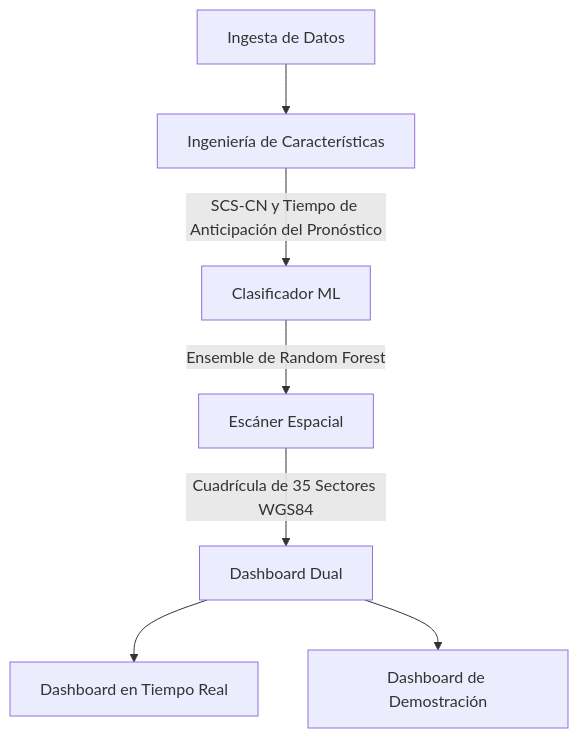
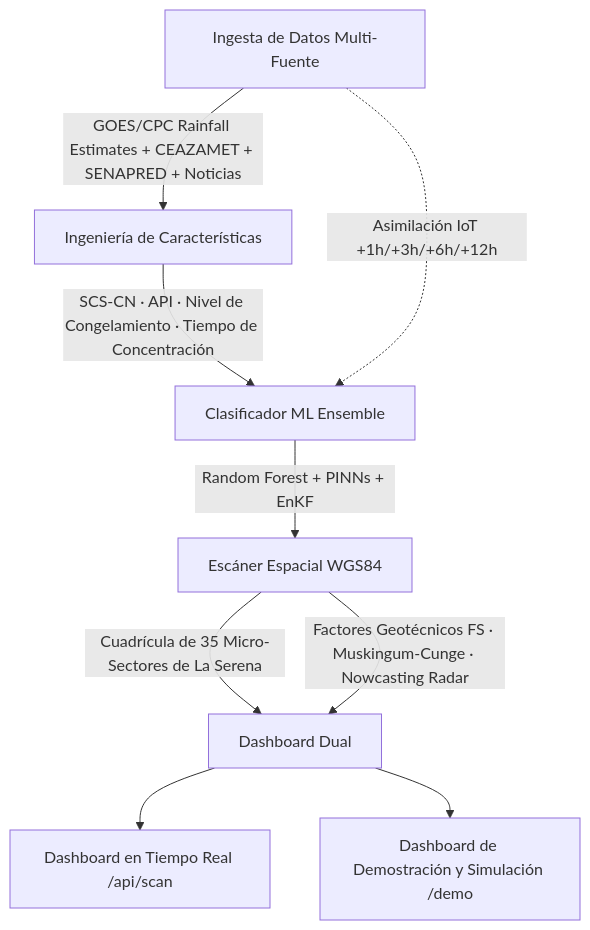
One commit to moises-inc/Proyecto-Jupiter changed the diagram in README.md. Above: the diagram before and after it, drawn with Mermaid. The commit also changed other lines of this file and 26 other files, not shown here.

````diff
--- a/README.md
+++ b/README.md
@@ -16,9 +19,11 @@
 ```mermaid
 graph TD
-    A[Ingesta de Datos] --> B[Ingeniería de Características]
-    B -->|SCS-CN y Tiempo de Anticipación del Pronóstico| C[Clasificador ML]
-    C -->|Ensemble de Random Forest| D[Escáner Espacial]
-    D -->|Cuadrícula de 35 Sectores WGS84| E[Dashboard Dual]
-    E --> F[Dashboard en Tiempo Real]
-    E --> G[Dashboard de Demostración]
+    A[Ingesta de Datos Multi-Fuente] -->|GOES/CPC Rainfall Estimates + CEAZAMET + SENAPRED + Noticias| B[Ingeniería de Características]
+    B -->|SCS-CN · API · Nivel de Congelamiento · Tiempo de Concentración| C[Clasificador ML Ensemble]
+    C -->|Random Forest + PINNs + EnKF| D[Escáner Espacial WGS84]
+    D -->|Cuadrícula de 35 Micro-Sectores de La Serena| E[Dashboard Dual]
+    D -->|Factores Geotécnicos FS · Muskingum-Cunge · Nowcasting Radar| E
+    E --> F[Dashboard en Tiempo Real /api/scan]
+    E --> G[Dashboard de Demostración y Simulación /demo]
+    A -.->|Asimilación IoT +1h/+3h/+6h/+12h| C
 ```
````
